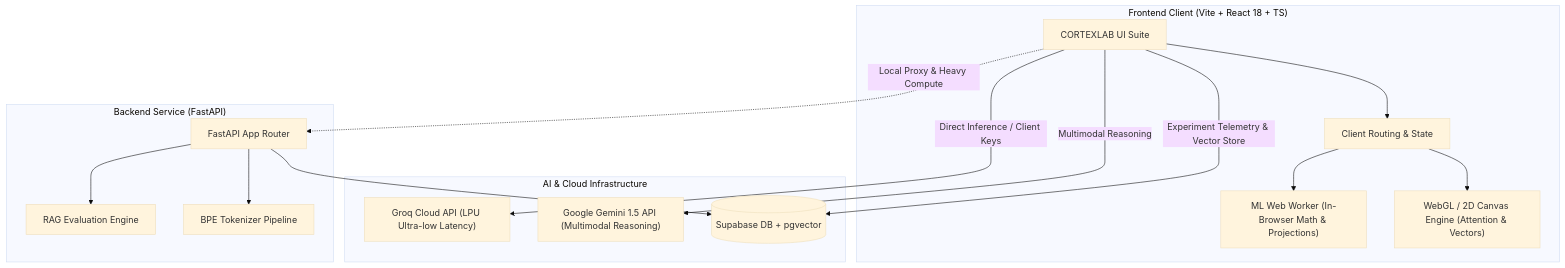
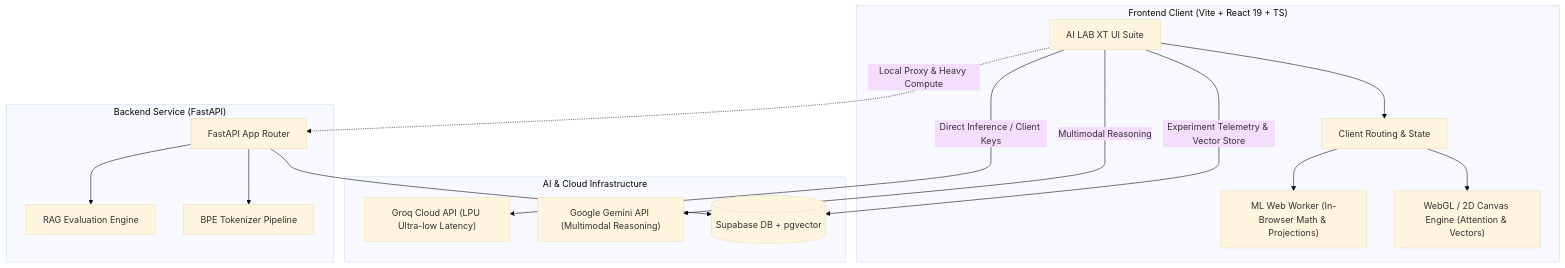
One commit to Omar-Alshafai2/AI-lab-xt changed the diagram in README.md. Above: the diagram before and after it, drawn with Mermaid (base theme). The commit also changed other lines of this file, not shown here.

Commit message:
docs: update README to AI LAB XT branding

````diff
--- a/README.md
+++ b/README.md
@@ -109,32 +94,32 @@
 ```mermaid
 flowchart TD
-    subgraph Client["Frontend Client (Vite + React 18 + TS)"]
-        UI["CORTEXLAB UI Suite"]
+    subgraph Client["Frontend Client (Vite + React 19 + TS)"]
+        UI["AI LAB XT UI Suite"]
         Router["Client Routing & State"]
         Worker["ML Web Worker (In-Browser Math & Projections)"]
         Canvas["WebGL / 2D Canvas Engine (Attention & Vectors)"]
         UI --> Router
         Router --> Canvas
         Router --> Worker
     end
 
     subgraph ExternalAPIs["AI & Cloud Infrastructure"]
         Groq["Groq Cloud API (LPU Ultra-low Latency)"]
-        Gemini["Google Gemini 1.5 API (Multimodal Reasoning)"]
+        Gemini["Google Gemini API (Multimodal Reasoning)"]
         Supa[("Supabase DB + pgvector")]
     end
 
     subgraph BackendAPI["Backend Service (FastAPI)"]
         API["FastAPI App Router"]
         RAG["RAG Evaluation Engine"]
         Tokenizer["BPE Tokenizer Pipeline"]
         API --> RAG
         API --> Tokenizer
     end
 
     UI -->|Direct Inference / Client Keys| Groq
     UI -->|Multimodal Reasoning| Gemini
     UI -->|Experiment Telemetry & Vector Store| Supa
     UI -.->|Local Proxy & Heavy Compute| API
     API --> Supa
 ```
````
